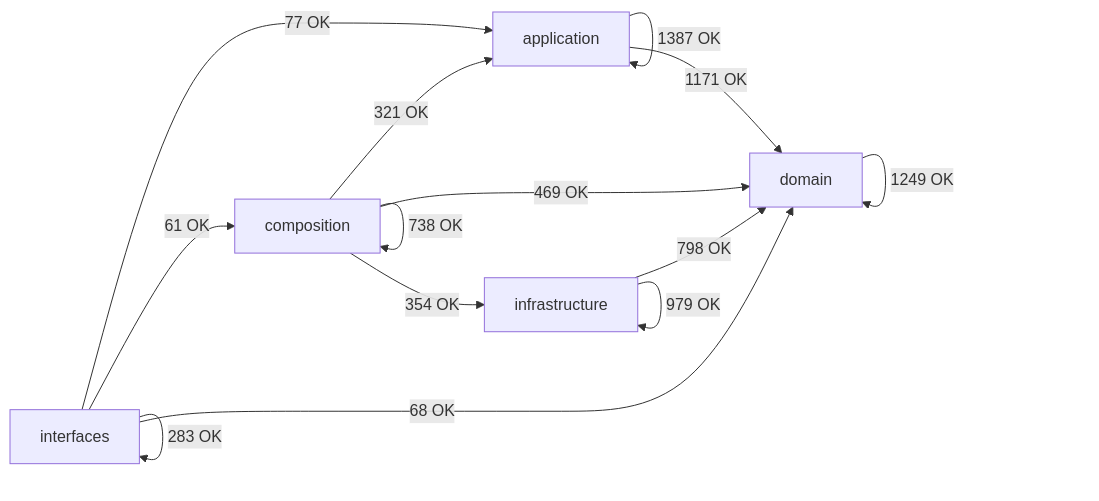
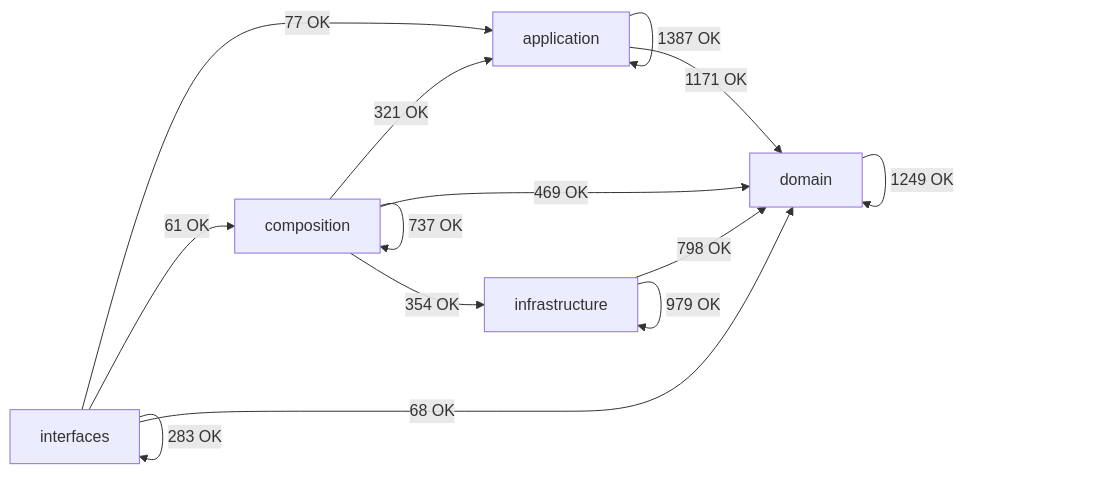
The diagram in docs/02-architecture/generated/module-dependency-map.md (SatoryKono/BioactivityDataAcquisition), drawn with Mermaid before and after one commit. The commit also changed other lines of this file and 2 other files, not shown here.

````diff
--- a/docs/02-architecture/generated/module-dependency-map.md
+++ b/docs/02-architecture/generated/module-dependency-map.md
@@ -17,21 +17,21 @@
 ```mermaid
 flowchart LR
     domain[domain]
     application[application]
     infrastructure[infrastructure]
     composition[composition]
     interfaces[interfaces]
     application -->|1387 OK| application
     application -->|1171 OK| domain
     composition -->|321 OK| application
-    composition -->|738 OK| composition
+    composition -->|737 OK| composition
     composition -->|469 OK| domain
     composition -->|354 OK| infrastructure
     domain -->|1249 OK| domain
     infrastructure -->|798 OK| domain
     infrastructure -->|979 OK| infrastructure
     interfaces -->|77 OK| application
     interfaces -->|61 OK| composition
     interfaces -->|68 OK| domain
     interfaces -->|283 OK| interfaces
 ```
````
